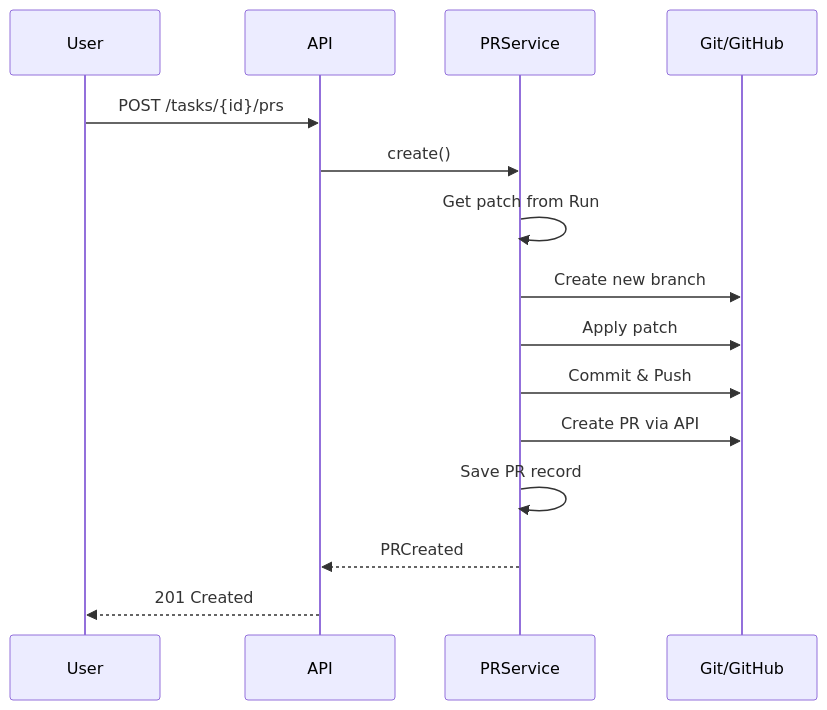
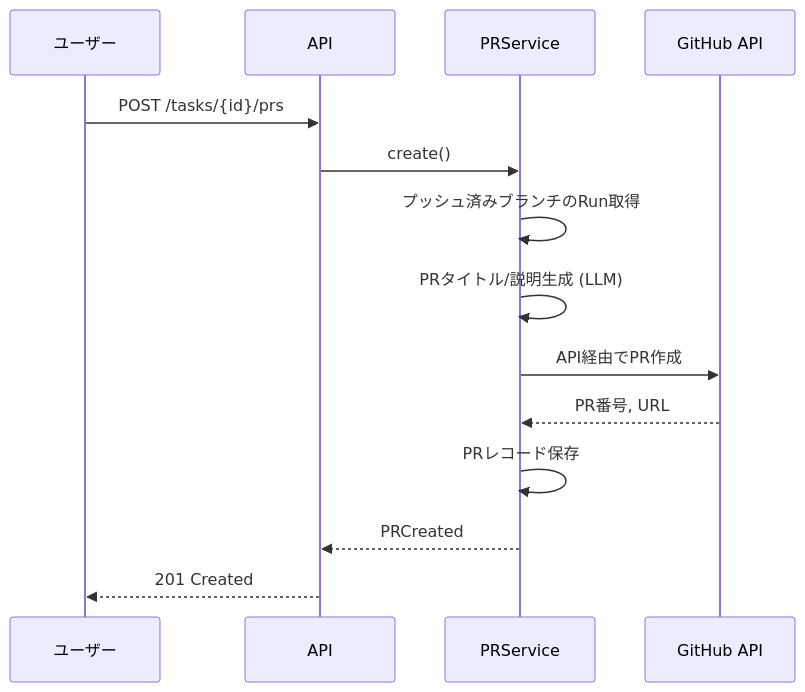
The eighth of 15 diagrams in docs/architecture.md (hampen2929/zloth), drawn with Mermaid before and after one commit. The commit also changed other lines of this file, not shown here.

Commit message:
docs: Comprehensive architecture documentation update (#275)

````diff
--- a/docs/architecture.md
+++ b/docs/architecture.md
@@ -211,18 +425,17 @@
 ```mermaid
 sequenceDiagram
-    participant U as User
+    participant U as ユーザー
     participant A as API
     participant PS as PRService
-    participant Git as Git/GitHub
+    participant GH as GitHub API
 
     U->>A: POST /tasks/{id}/prs
     A->>PS: create()
-    PS->>PS: Get patch from Run
-    PS->>Git: Create new branch
-    PS->>Git: Apply patch
-    PS->>Git: Commit & Push
-    PS->>Git: Create PR via API
-    PS->>PS: Save PR record
+    PS->>PS: プッシュ済みブランチのRun取得
+    PS->>PS: PRタイトル/説明生成 (LLM)
+    PS->>GH: API経由でPR作成
+    GH-->>PS: PR番号, URL
+    PS->>PS: PRレコード保存
     PS-->>A: PRCreated
     A-->>U: 201 Created
 ```
````
